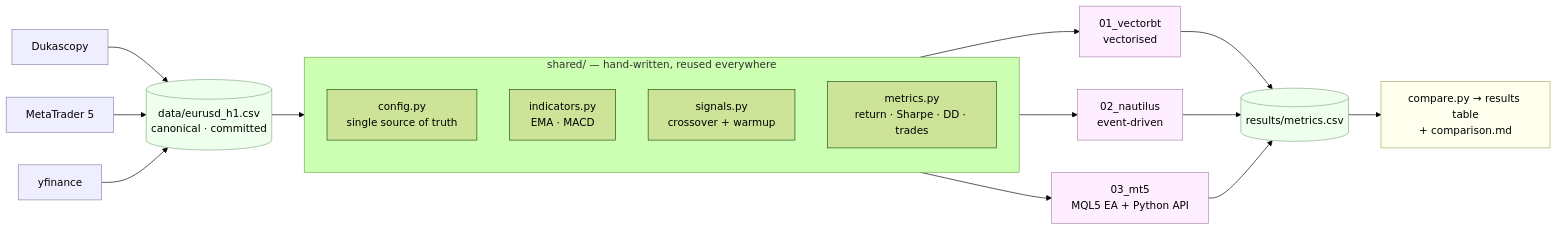
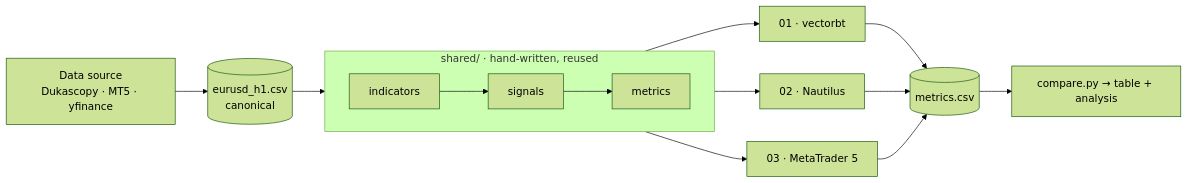
The second of 2 diagrams in README.md (guptabhishekumar/triangulate), drawn with Mermaid (forest theme) before and after one commit. The commit also changed other lines of this file, not shown here.

Commit message:
docs: refine README — cleaner flat badges, compact architecture diagram, tighter copy

````diff
--- a/README.md
+++ b/README.md
@@ -96,28 +81,16 @@
 ```mermaid
 flowchart LR
-    D1[Dukascopy]:::src --> CSV
-    D2[MetaTrader 5]:::src --> CSV
-    D3[yfinance]:::src --> CSV
-    CSV[("data/eurusd_h1.csv<br/>canonical · committed")]:::data --> SH
-
-    subgraph SH ["shared/ — hand-written, reused everywhere"]
-        CFG["config.py<br/>single source of truth"]
-        IND["indicators.py<br/>EMA · MACD"]
-        SIG["signals.py<br/>crossover + warmup"]
-        MET["metrics.py<br/>return · Sharpe · DD · trades"]
+    SRC["Data source<br/>Dukascopy · MT5 · yfinance"] --> CSV[("eurusd_h1.csv<br/>canonical")]
+    CSV --> CORE
+    subgraph CORE["shared/ · hand-written, reused"]
+      direction LR
+      IND[indicators] --> SIG[signals] --> MET[metrics]
     end
-
-    SH --> E1["01_vectorbt<br/>vectorised"]:::eng
-    SH --> E2["02_nautilus<br/>event-driven"]:::eng
-    SH --> E3["03_mt5<br/>MQL5 EA + Python API"]:::eng
-
-    E1 --> R[("results/metrics.csv")]:::data
-    E2 --> R
-    E3 --> R
-    R --> OUT["compare.py → results table<br/>+ comparison.md"]:::out
-
-    classDef src fill:#eef,stroke:#88a;
-    classDef data fill:#efe,stroke:#8a8;
-    classDef eng fill:#fef,stroke:#a8a;
-    classDef out fill:#ffe,stroke:#aa6;
+    CORE --> V["01 · vectorbt"]
+    CORE --> N["02 · Nautilus"]
+    CORE --> M["03 · MetaTrader 5"]
+    V --> R[("metrics.csv")]
+    N --> R
+    M --> R
+    R --> CMP["compare.py → table + analysis"]
 ```
````
